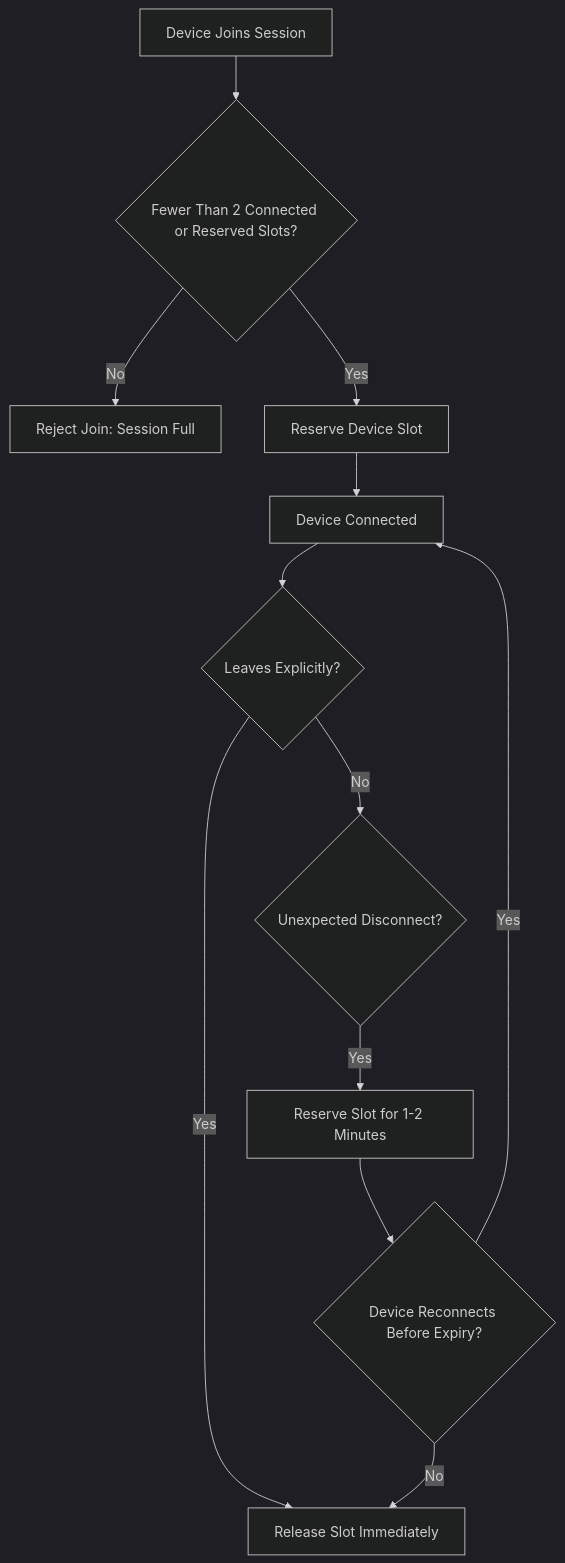
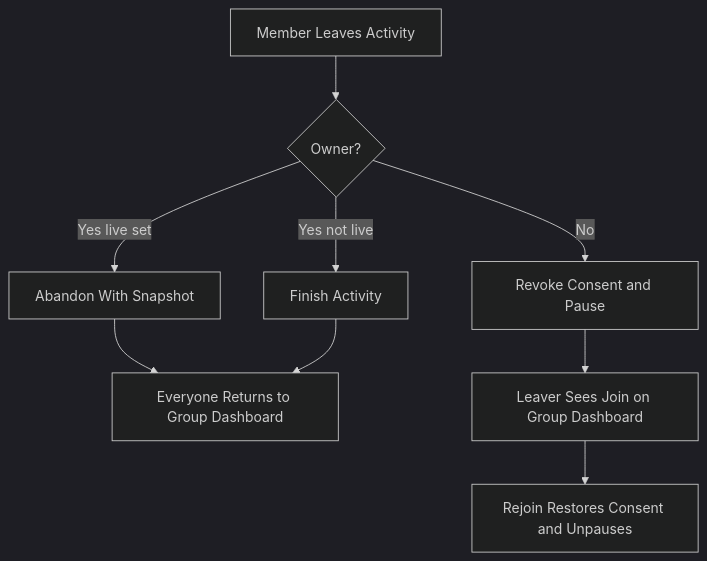
The ninth of 25 diagrams in docs/04-project-diagrams.md (yogzis/Padel-Mate), drawn with Mermaid (dark theme) before and after one commit. The commit also changed other lines of this file and 17 other files, not shown here.

First line of the commit message:
Give each activity an owner who assigns live-score devices.

````diff
--- a/docs/04-project-diagrams.md
+++ b/docs/04-project-diagrams.md
@@ -223,14 +222,11 @@
 ```mermaid
 flowchart TD
-  A[Device Joins Session] --> B{Fewer Than 2 Connected or Reserved Slots?}
-  B -->|No| C[Reject Join: Session Full]
-  B -->|Yes| D[Reserve Device Slot]
-  D --> E[Device Connected]
-  E --> F{Leaves Explicitly?}
-  F -->|Yes| G[Release Slot Immediately]
-  F -->|No| H{Unexpected Disconnect?}
-  H -->|Yes| I[Reserve Slot for 1-2 Minutes]
-  I --> J{Device Reconnects Before Expiry?}
-  J -->|Yes| E
-  J -->|No| G
+  A[Member Leaves Activity] --> B{Owner?}
+  B -->|Yes live set| C[Abandon With Snapshot]
+  B -->|Yes not live| D[Finish Activity]
+  B -->|No| E[Revoke Consent and Pause]
+  C --> F[Everyone Returns to Group Dashboard]
+  D --> F
+  E --> G[Leaver Sees Join on Group Dashboard]
+  G --> H[Rejoin Restores Consent and Unpauses]
 ```
````
